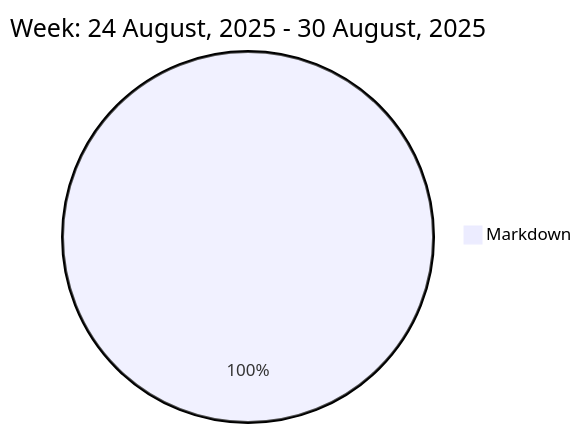
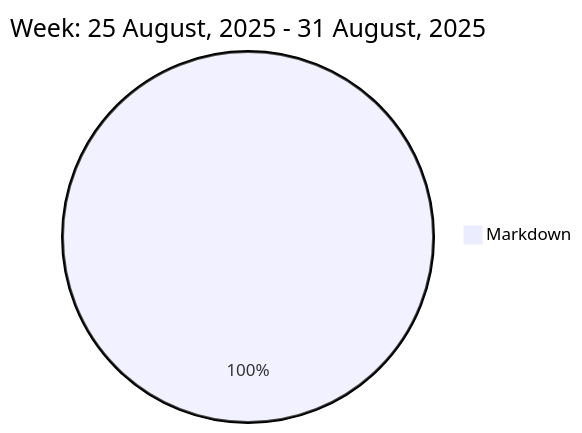
Before and after one commit to liubin95/liubin95: the diagram in README.md, drawn with Mermaid.

Commit message:
Updated the Graph with new Metrics

````diff
--- a/README.md
+++ b/README.md
@@ -37,5 +37,5 @@
 ```mermaid
  pie
-title Week: 24 August, 2025 - 30 August, 2025
+title Week: 25 August, 2025 - 31 August, 2025
  "Markdown" : 1.98
 ```
````
